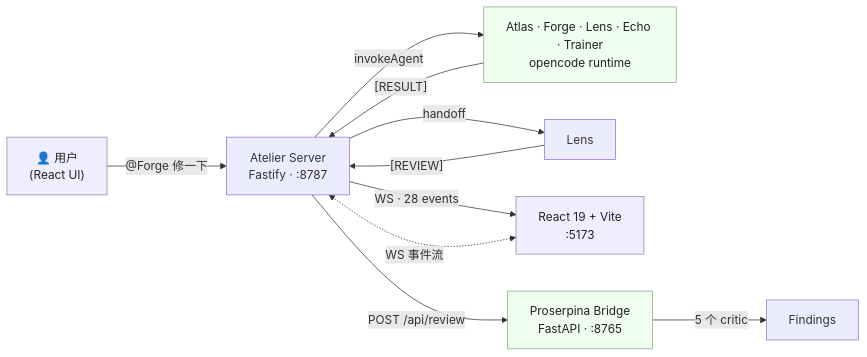
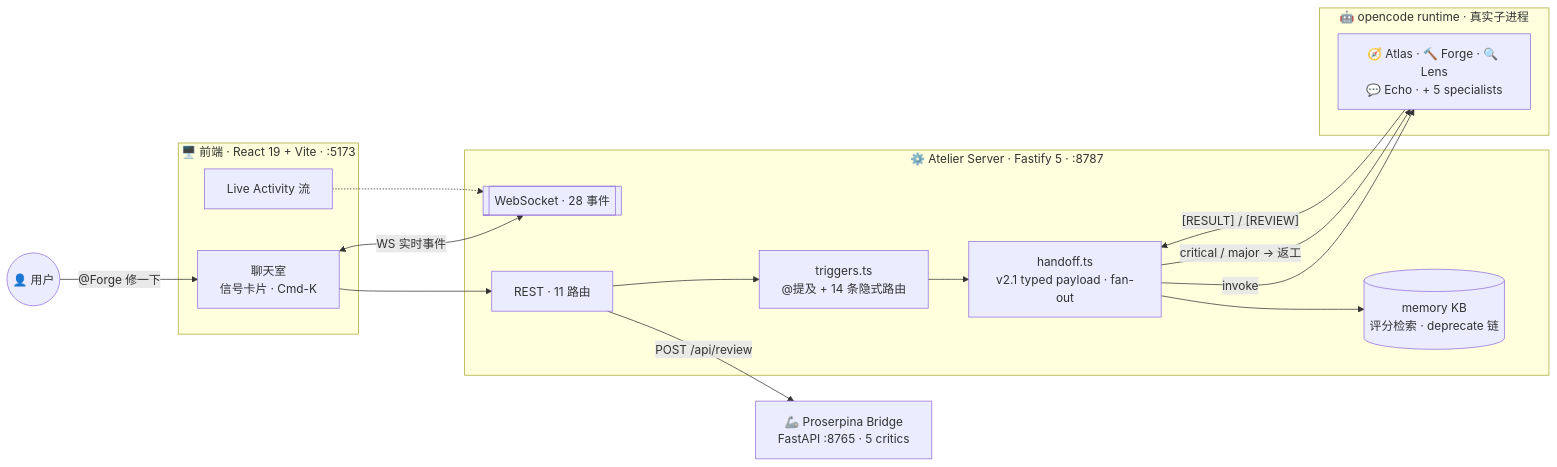
The diagram in README.md (Cappuccino-y/Atelier), drawn with Mermaid before and after one commit. The commit also changed other lines of this file and 3 other files, not shown here.

First line of the commit message:
docs: rewrite README — hero banner, UI preview, architecture deep-dive

````diff
--- a/README.md
+++ b/README.md
@@ -48,17 +140,33 @@
 ```mermaid
 flowchart LR
-  User["👤 用户<br/>(React UI)"] -- "@Forge 修一下" --> R["Atelier Server<br/>Fastify · :8787"]
-  R -- invokeAgent --> Agents["Atlas · Forge · Lens · Echo · Trainer<br/>opencode runtime"]
-  Agents -- "[RESULT]" --> R
-  R -- handoff --> Lens
-  Lens -- "[REVIEW]" --> R
-  R -- "WS · 28 events" --> FE["React 19 + Vite<br/>:5173"]
-  R -- "POST /api/review" --> PB["Proserpina Bridge<br/>FastAPI · :8765"]
-  PB -- "5 个 critic" --> Findings
-  FE <-. "WS 事件流" .-> R
+    User(("👤 用户")) -- "@Forge 修一下" --> Chat
 
-  classDef box fill:#eef,stroke:#88a,color:#222
-  classDef ext fill:#efe,stroke:#8a8,color:#222
-  class User,FE box
-  class Agents,PB ext
+    subgraph FE["🖥️ 前端 · React 19 + Vite · :5173"]
+        Chat["聊天室<br/>信号卡片 · Cmd-K"]
+        Act["Live Activity 流"]
+    end
+
+    subgraph SVR["⚙️ Atelier Server · Fastify 5 · :8787"]
+        WS[["WebSocket · 28 事件"]]
+        REST["REST · 11 路由"]
+        Trig["triggers.ts<br/>@提及 + 14 条隐式路由"]
+        HO["handoff.ts<br/>v2.1 typed payload · fan-out"]
+        KB[("memory KB<br/>评分检索 · deprecate 链")]
+    end
+
+    subgraph OC["🤖 opencode runtime · 真实子进程"]
+        A["🧭 Atlas · 🔨 Forge · 🔍 Lens<br/>💬 Echo · + 5 specialists"]
+    end
+
+    PB["🦾 Proserpina Bridge<br/>FastAPI :8765 · 5 critics"]
+
+    Chat <-->|"WS 实时事件"| WS
+    Act -.-> WS
+    Chat --> REST
+    REST --> Trig --> HO
+    HO -->|"invoke"| A
+    A -->|"[RESULT] / [REVIEW]"| HO
+    HO -->|"critical / major → 返工"| A
+    HO --> KB
+    REST -->|"POST /api/review"| PB
 ```
````
